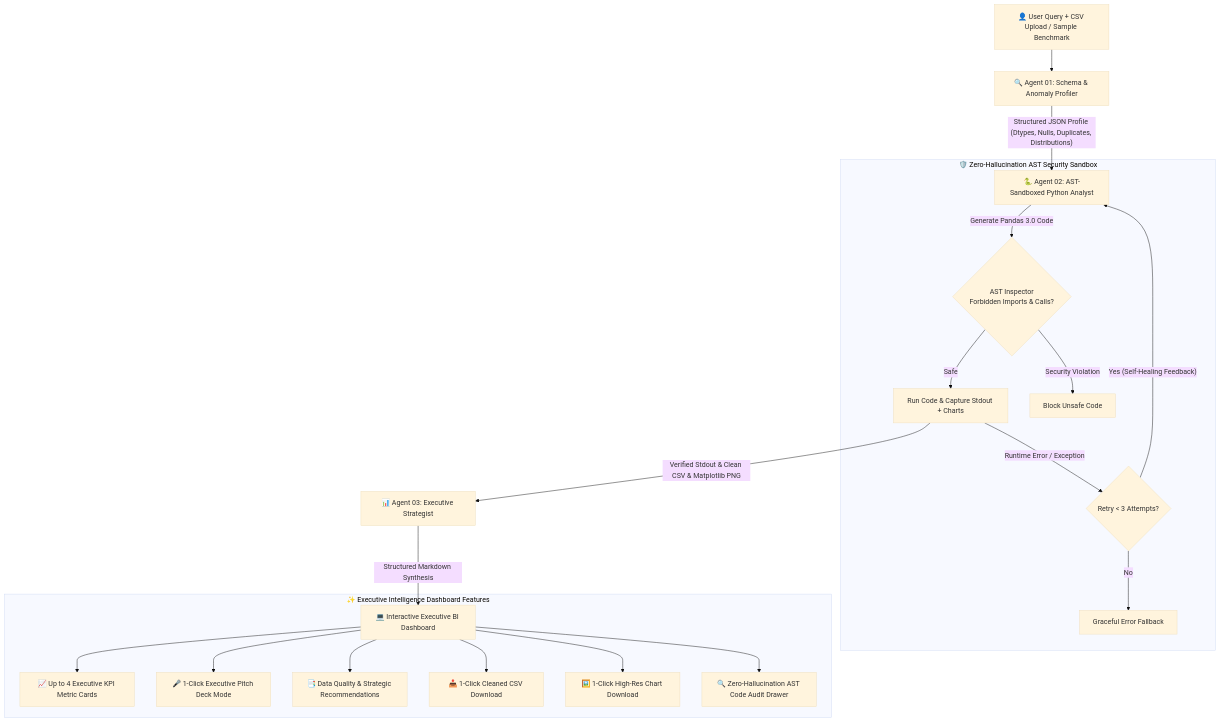
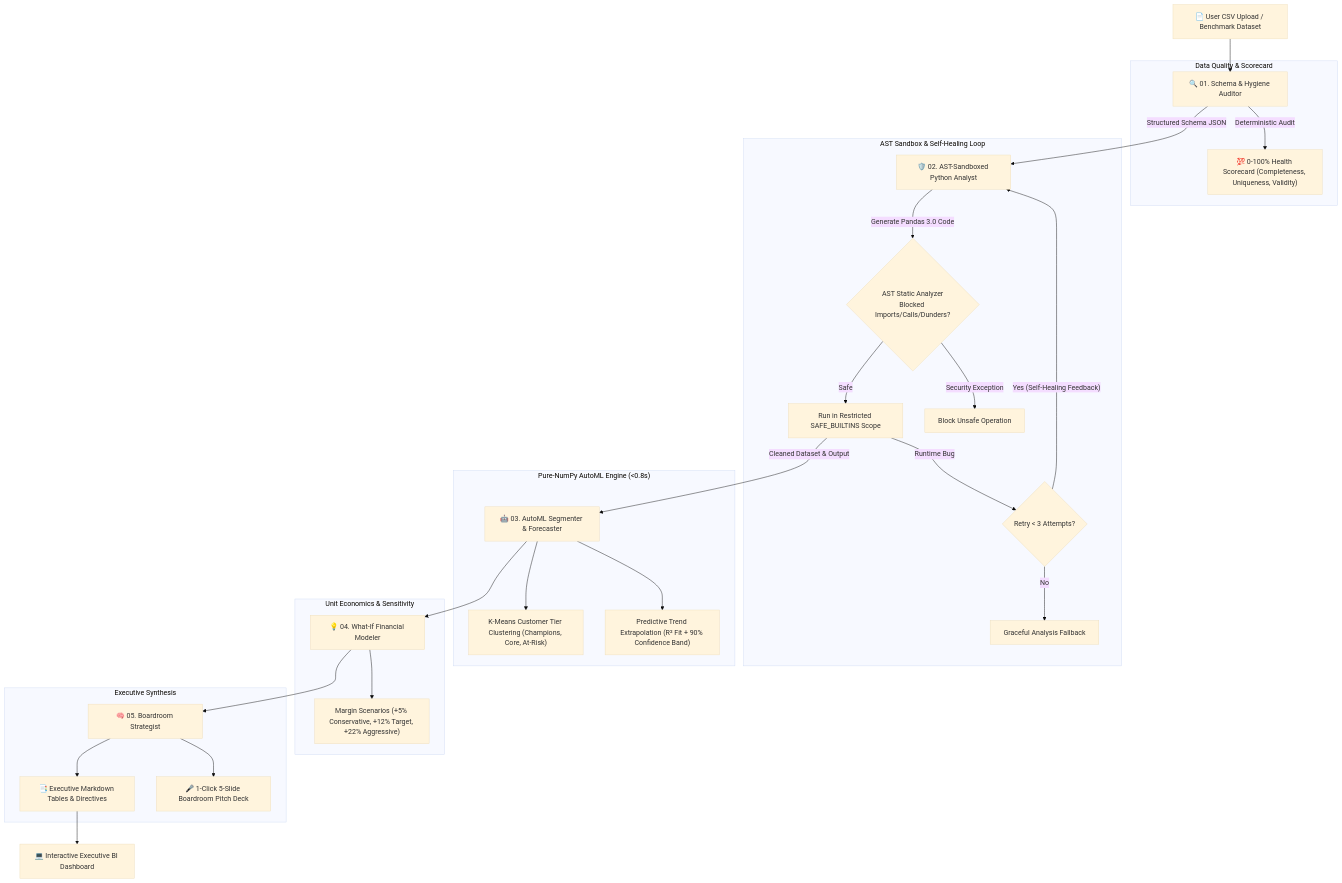
One commit to aaditya-cse/Ecommerce-_Segementation_and_Sales_Performance_Project changed the diagram in README.md. Above: the diagram before and after it, drawn with Mermaid (base theme). The commit also changed other lines of this file and 2 other files, not shown here.

Commit message:
feat(performance & docs): eliminate UI stutter with 60FPS throttled canvas and passive card tilt; upgrade README with full 5-agent LangGraph swarm architecture and 28-test suite

````diff
--- a/README.md
+++ b/README.md
@@ -29,26 +29,41 @@
 ```mermaid
 flowchart TD
-    User["👤 User Query + CSV Upload / Sample Benchmark"] --> Profiler["🔍 Agent 01: Schema & Anomaly Profiler"]
-    Profiler -->|"Structured JSON Profile (Dtypes, Nulls, Duplicates, Distributions)"| Analyst["🐍 Agent 02: AST-Sandboxed Python Analyst"]
+    RawCSV["📄 User CSV Upload / Benchmark Dataset"] --> Profiler["🔍 01. Schema & Hygiene Auditor"]
     
-    subgraph Sandbox ["🛡️ Zero-Hallucination AST Security Sandbox"]
-        Analyst -->|"Generate Pandas 3.0 Code"| ASTInspector{"AST Inspector<br/>Forbidden Imports & Calls?"}
-        ASTInspector -->|"Safe"| ExecutionEngine["Run Code & Capture Stdout + Charts"]
-        ASTInspector -->|"Security Violation"| SecurityBlock["Block Unsafe Code"]
-        ExecutionEngine -->|"Runtime Error / Exception"| RetryLoop{"Retry < 3 Attempts?"}
-        RetryLoop -->|"Yes (Self-Healing Feedback)"| Analyst
-        RetryLoop -->|"No"| Fallback["Graceful Error Fallback"]
+    subgraph DataHealth ["Data Quality & Scorecard"]
+        Profiler -->|"Deterministic Audit"| HealthScore["💯 0-100% Health Scorecard (Completeness, Uniqueness, Validity)"]
     end
 
-    ExecutionEngine -->|"Verified Stdout & Clean CSV & Matplotlib PNG"| Strategist["📊 Agent 03: Executive Strategist"]
-    Strategist -->|"Structured Markdown Synthesis"| Dashboard["💻 Interactive Executive BI Dashboard"]
-    
-    subgraph UI ["✨ Executive Intelligence Dashboard Features"]
-        Dashboard --> KPI["📈 Up to 4 Executive KPI Metric Cards"]
-        Dashboard --> Pitch["🎤 1-Click Executive Pitch Deck Mode"]
-        Dashboard --> Report["📑 Data Quality & Strategic Recommendations"]
-        Dashboard --> CleanCSV["📥 1-Click Cleaned CSV Download"]
-        Dashboard --> Charts["🖼️ 1-Click High-Res Chart Download"]
-        Dashboard --> Audit["🔍 Zero-Hallucination AST Code Audit Drawer"]
+    Profiler -->|"Structured Schema JSON"| Analyst["🛡️ 02. AST-Sandboxed Python Analyst"]
+
+    subgraph Sandbox ["AST Sandbox & Self-Healing Loop"]
+        Analyst -->|"Generate Pandas 3.0 Code"| ASTValidator{"AST Static Analyzer<br/>Blocked Imports/Calls/Dunders?"}
+        ASTValidator -->|"Safe"| SafeExec["Run in Restricted SAFE_BUILTINS Scope"]
+        ASTValidator -->|"Security Exception"| Block["Block Unsafe Operation"]
+        SafeExec -->|"Runtime Bug"| Retry{"Retry < 3 Attempts?"}
+        Retry -->|"Yes (Self-Healing Feedback)"| Analyst
+        Retry -->|"No"| Fallback["Graceful Analysis Fallback"]
     end
+
+    SafeExec -->|"Cleaned Dataset & Output"| ML["🤖 03. AutoML Segmenter & Forecaster"]
+
+    subgraph MachineLearning ["Pure-NumPy AutoML Engine (<0.8s)"]
+        ML --> KMeans["K-Means Customer Tier Clustering (Champions, Core, At-Risk)"]
+        ML --> Regression["Predictive Trend Extrapolation (R² Fit + 90% Confidence Band)"]
+    end
+
+    ML --> Modeler["💡 04. What-If Financial Modeler"]
+
+    subgraph Economics ["Unit Economics & Sensitivity"]
+        Modeler --> Scenarios["Margin Scenarios (+5% Conservative, +12% Target, +22% Aggressive)"]
+    end
+
+    Modeler --> Strategist["🧠 05. Boardroom Strategist"]
+
+    subgraph CSuite ["Executive Synthesis"]
+        Strategist --> Report["📑 Executive Markdown Tables & Directives"]
+        Strategist --> Deck["🎤 1-Click 5-Slide Boardroom Pitch Deck"]
+    end
+
+    Report --> Dashboard["💻 Interactive Executive BI Dashboard"]
 ```
````
